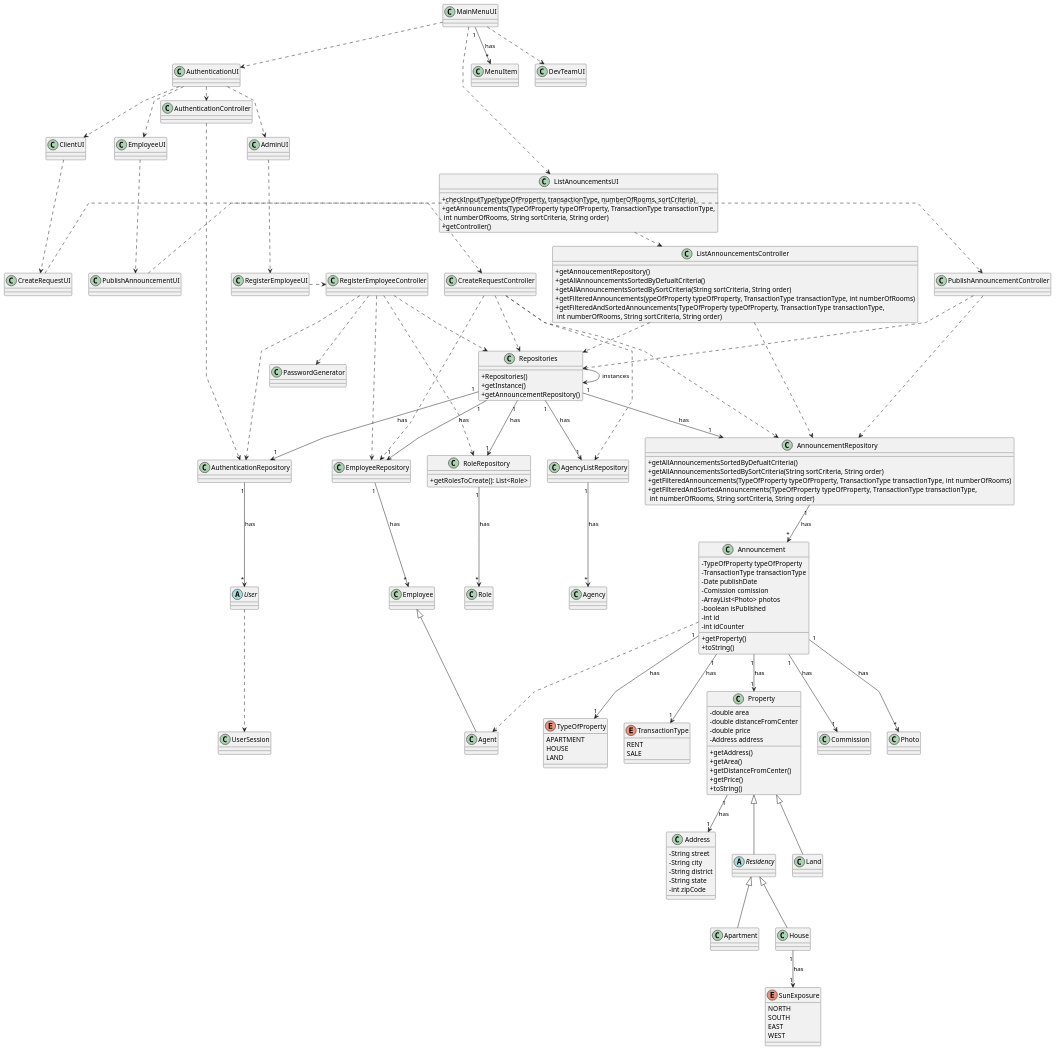
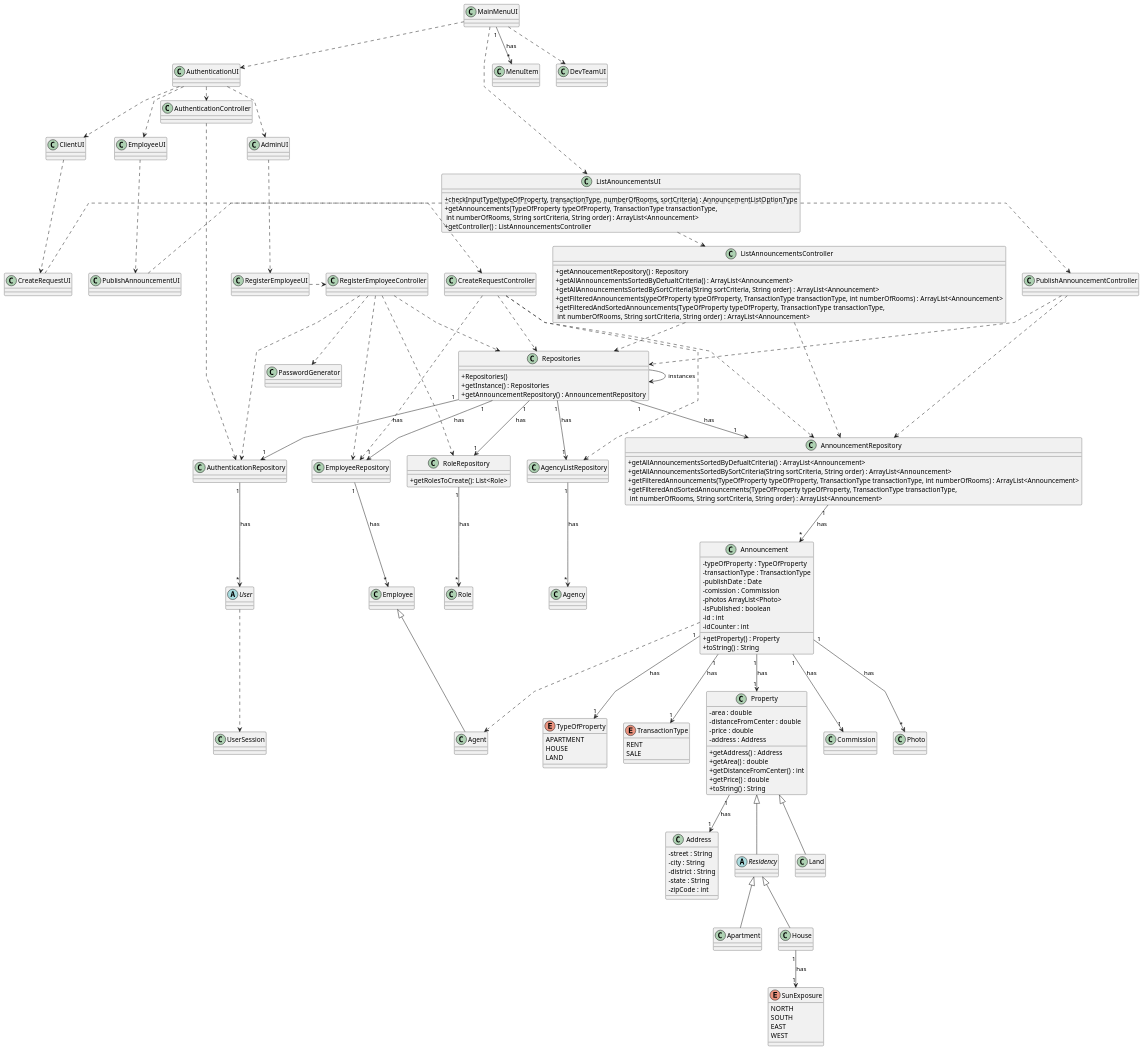
One commit to Goncalves2525/real-estate-management-system changed the diagram in docs/sprintB/global-artifacts/03.design/puml/class-diagram.puml. Above: the diagram before and after it, drawn with PlantUML. The commit also changed 1 other file, not shown here.

Commit message:
Altered Diagram Class Format

```diff
--- a/docs/sprintB/global-artifacts/03.design/puml/class-diagram.puml
+++ b/docs/sprintB/global-artifacts/03.design/puml/class-diagram.puml
@@ -9,63 +9,63 @@
 
 'left to right directio
 class Property{
-      - double area
-      - double distanceFromCenter
-      - double price
-      - Address address
-      + getAddress()
-      + getArea()
-      + getDistanceFromCenter()
-      + getPrice()
-      + toString()
+      - area : double
+      - distanceFromCenter : double
+      - price : double
+      - address : Address
+      + getAddress() : Address
+      + getArea() : double
+      + getDistanceFromCenter() : int
+      + getPrice() : double
+      + toString() : String
 }
 
 class Announcement {
-   - TypeOfProperty typeOfProperty
-   - TransactionType transactionType
-   - Date publishDate
-   - Comission comission
-   - ArrayList<Photo> photos
-   - boolean isPublished
-   - int id
-   - int idCounter
-   + getProperty()
-   + toString()
+   - typeOfProperty : TypeOfProperty
+   - transactionType : TransactionType
+   - publishDate : Date
+   - comission : Commission
+   - photos ArrayList<Photo>
+   - isPublished : boolean
+   - id : int
+   - idCounter : int
+   + getProperty() : Property
+   + toString() : String
 }
 
 class AnnouncementRepository {
-    +getAllAnnouncementsSortedByDefualtCriteria()
-    +getAllAnnouncementsSortedBySortCriteria(String sortCriteria, String order)
-    +getFilteredAnnouncements(TypeOfProperty typeOfProperty, TransactionType transactionType, int numberOfRooms)
-    +getFilteredAndSortedAnnouncements(TypeOfProperty typeOfProperty, TransactionType transactionType,\n int numberOfRooms, String sortCriteria, String order)
+    +getAllAnnouncementsSortedByDefualtCriteria() : ArrayList<Announcement>
+    +getAllAnnouncementsSortedBySortCriteria(String sortCriteria, String order) : ArrayList<Announcement>
+    +getFilteredAnnouncements(TypeOfProperty typeOfProperty, TransactionType transactionType, int numberOfRooms) : ArrayList<Announcement>
+    +getFilteredAndSortedAnnouncements(TypeOfProperty typeOfProperty, TransactionType transactionType,\n int numberOfRooms, String sortCriteria, String order) : ArrayList<Announcement>
 }
 
 class Repositories {
     +Repositories()
-    +getInstance()
-    +getAnnouncementRepository()
+    +getInstance() : Repositories
+    +getAnnouncementRepository() : AnnouncementRepository
 }
 
 class ListAnnouncementsController {
-     +getAnnoucementRepository()
-     +getAllAnnouncementsSortedByDefualtCriteria()
-     +getAllAnnouncementsSortedBySortCriteria(String sortCriteria, String order)
-     +getFilteredAnnouncements(ypeOfProperty typeOfProperty, TransactionType transactionType, int numberOfRooms)
-     +getFilteredAndSortedAnnouncements(TypeOfProperty typeOfProperty, TransactionType transactionType,\n int numberOfRooms, String sortCriteria, String order)
+     +getAnnoucementRepository() : Repository
+     +getAllAnnouncementsSortedByDefualtCriteria() : ArrayList<Announcement>
+     +getAllAnnouncementsSortedBySortCriteria(String sortCriteria, String order) : ArrayList<Announcement>
+     +getFilteredAnnouncements(ypeOfProperty typeOfProperty, TransactionType transactionType, int numberOfRooms) : ArrayList<Announcement>
+     +getFilteredAndSortedAnnouncements(TypeOfProperty typeOfProperty, TransactionType transactionType,\n int numberOfRooms, String sortCriteria, String order) : ArrayList<Announcement>
 }
 
 class ListAnouncementsUI {
-    +checkInputType(typeOfProperty, transactionType, numberOfRooms, sortCriteria)
-    +getAnnouncements(TypeOfProperty typeOfProperty, TransactionType transactionType,\n int numberOfRooms, String sortCriteria, String order)
-    +getController()
+    +checkInputType(typeOfProperty, transactionType, numberOfRooms, sortCriteria) : AnnouncementListOptionType
+    +getAnnouncements(TypeOfProperty typeOfProperty, TransactionType transactionType,\n int numberOfRooms, String sortCriteria, String order) : ArrayList<Announcement>
+    +getController() : ListAnnouncementsController
 }
 
 class Address{
-    - String street
-    - String city
-    - String district
-    - String state
-    - int zipCode
+    - street : String
+    - city : String
+    - district : String
+    - state : String
+    - zipCode : int
 }
 
 class CreateRequestController{
```
